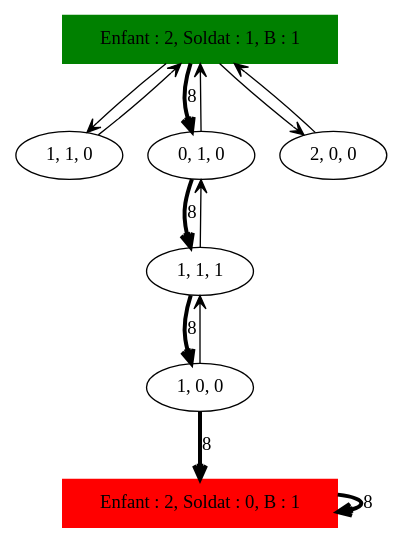
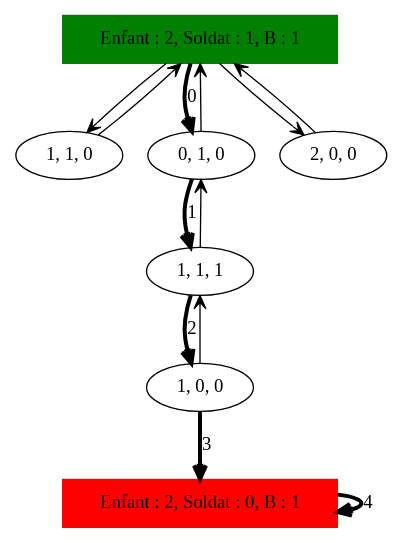
The diagram in Concept_IA_Ben_dhiab_Roblin/DOT/Soldat/Soldat_Sol_8.dot (samsoucoupe/concept-a-ia), drawn with Graphviz before and after one commit. The commit also changed 251 other files, not shown here.

```diff
--- a/Concept_IA_Ben_dhiab_Roblin/DOT/Soldat/Soldat_Sol_8.dot
+++ b/Concept_IA_Ben_dhiab_Roblin/DOT/Soldat/Soldat_Sol_8.dot
@@ -1,16 +1,16 @@
 digraph Soldat_Sol_ {
 	initial [label="Enfant : 2, Soldat : 1, B : 1" color=green shape=box style=filled]
 	final [label="Enfant : 2, Soldat : 0, B : 1" color=red shape=box style=filled]
 	initial -> "1, 1, 0" [arrowhead=open]
-	initial -> "0, 1, 0" [label=8 arrowhead=open penwidth=3]
+	initial -> "0, 1, 0" [label=0 arrowhead=open penwidth=3]
 	initial -> "2, 0, 0" [arrowhead=open]
 	"2, 0, 0" -> initial [arrowhead=open]
-	"0, 1, 0" -> "1, 1, 1" [label=8 arrowhead=open penwidth=3]
+	"0, 1, 0" -> "1, 1, 1" [label=1 arrowhead=open penwidth=3]
 	"0, 1, 0" -> initial [arrowhead=open]
 	"1, 1, 1" -> "0, 1, 0" [arrowhead=open]
-	"1, 1, 1" -> "1, 0, 0" [label=8 arrowhead=open penwidth=3]
-	"1, 0, 0" -> final [label=8 arrowhead=open penwidth=3]
+	"1, 1, 1" -> "1, 0, 0" [label=2 arrowhead=open penwidth=3]
+	"1, 0, 0" -> final [label=3 arrowhead=open penwidth=3]
 	"1, 0, 0" -> "1, 1, 1" [arrowhead=open]
-	final -> final [label=8 arrowhead=open penwidth=3]
+	final -> final [label=4 arrowhead=open penwidth=3]
 	"1, 1, 0" -> initial [arrowhead=open]
 }
```
